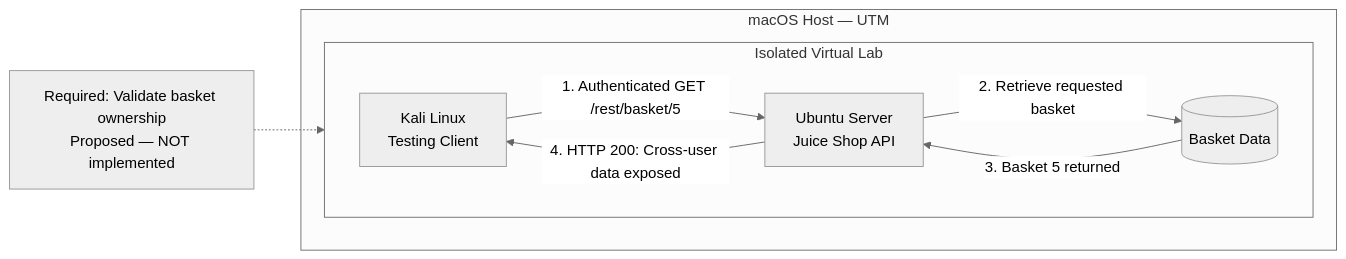
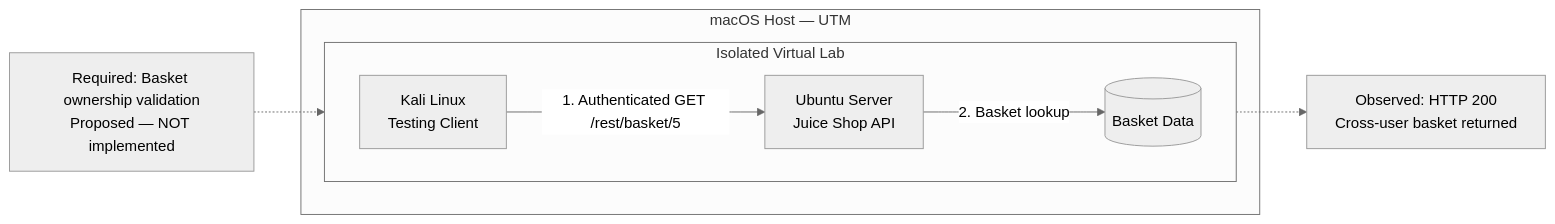
One commit to jupiter888/web-authorization-threat-lab changed the diagram in evidence/documentation/architecture.md. Above: the diagram before and after it, drawn with Mermaid (neutral theme).

Commit message:
Simplify authorization architecture diagram

````diff
--- a/evidence/documentation/architecture.md
+++ b/evidence/documentation/architecture.md
@@ -160,19 +160,20 @@
 ```mermaid
 flowchart LR
     subgraph HOST["macOS Host — UTM"]
         subgraph LAB["Isolated Virtual Lab"]
             direction LR
             K["Kali Linux<br/>Testing Client"]
             J["Ubuntu Server<br/>Juice Shop API"]
             D[("Basket Data")]
+
+            K -->|"1. Authenticated GET /rest/basket/5"| J
+            J -->|"2. Basket lookup"| D
         end
     end
 
-    K -->|"1. Authenticated GET /rest/basket/5"| J
-    J -->|"2. Retrieve requested basket"| D
-    D -->|"3. Basket 5 returned"| J
-    J -->|"4. HTTP 200: Cross-user data exposed"| K
+    R["Observed: HTTP 200<br/>Cross-user basket returned"]
+    J -.-> R
 
-    C["Required: Validate basket ownership<br/>Proposed — NOT implemented"]
+    C["Required: Basket ownership validation<br/>Proposed — NOT implemented"]
     C -.-> J
 ```
````
